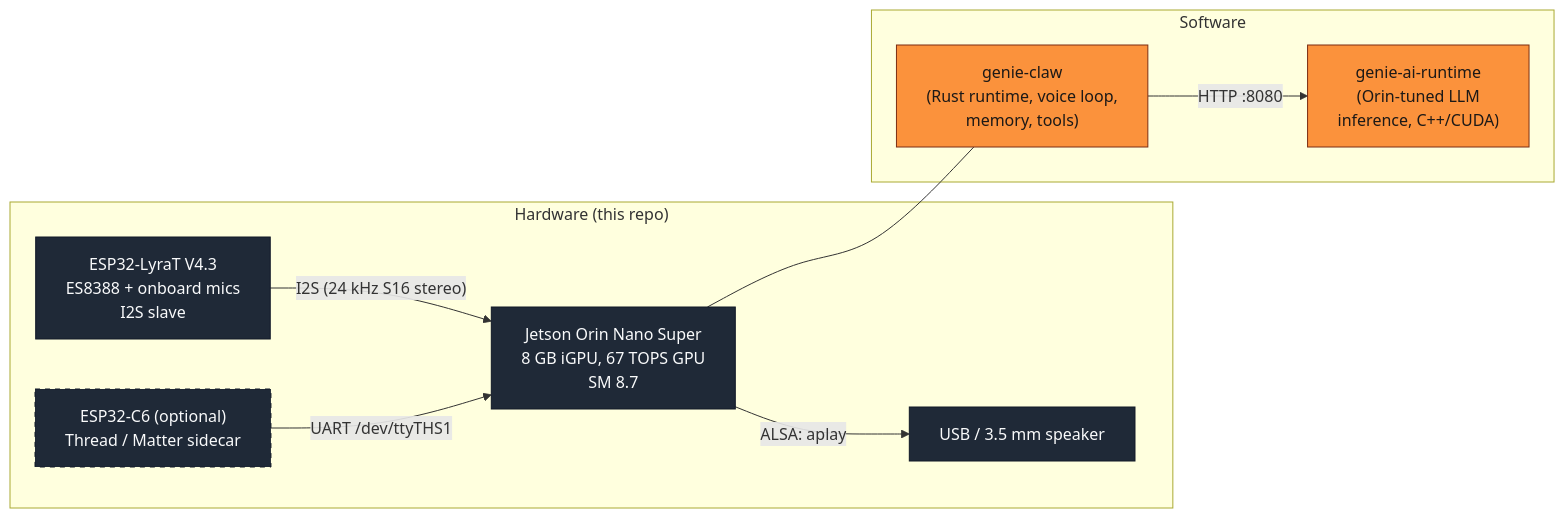
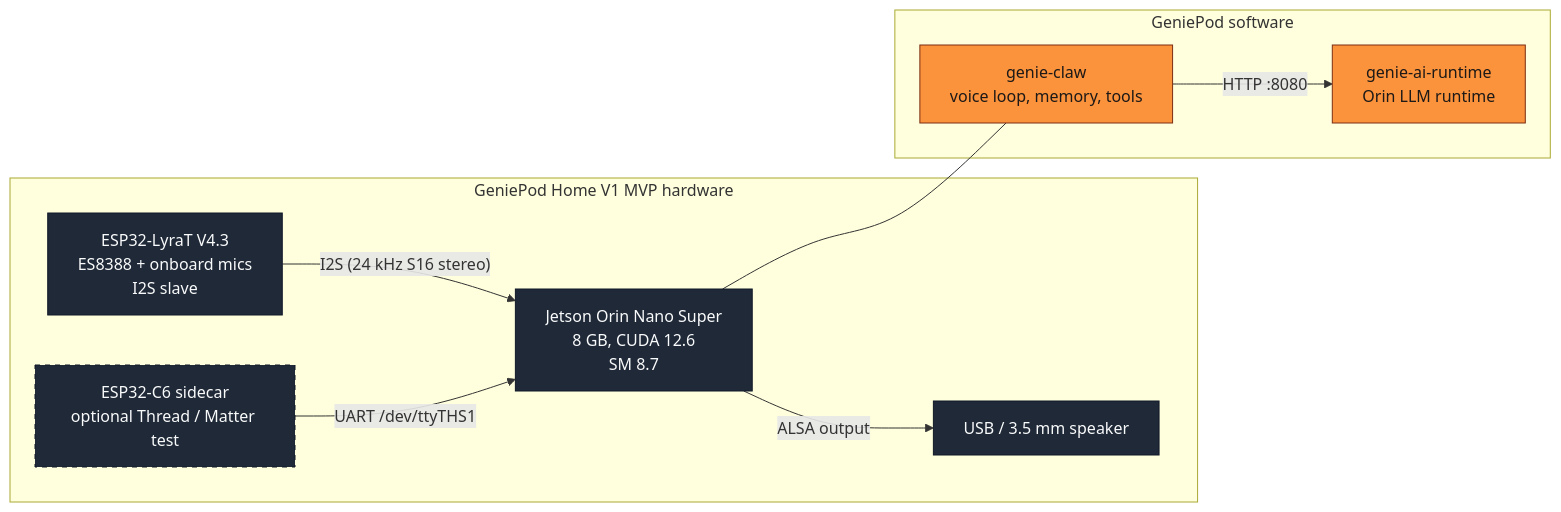
The first of 2 diagrams in README.md (GeniePod/genie-hardware), drawn with Mermaid before and after one commit. The commit also changed other lines of this file and 8 other files, not shown here.

Commit message:
Clarify Home V1 MVP hardware scope

````diff
--- a/README.md
+++ b/README.md
@@ -24,27 +32,27 @@
 ```mermaid
 flowchart LR
-    subgraph HW["Hardware (this repo)"]
+    subgraph HW["GeniePod Home V1 MVP hardware"]
         LyraT["ESP32-LyraT V4.3<br/>ES8388 + onboard mics<br/>I2S slave"]
-        ORIN["Jetson Orin Nano Super<br/>8 GB iGPU, 67 TOPS GPU<br/>SM 8.7"]
+        ORIN["Jetson Orin Nano Super<br/>8 GB, CUDA 12.6<br/>SM 8.7"]
         SPK["USB / 3.5 mm speaker"]
-        C6["ESP32-C6 (optional)<br/>Thread / Matter sidecar"]
+        C6["ESP32-C6 sidecar<br/>optional Thread / Matter test"]
     end
 
-    subgraph SW["Software"]
-        CLAW["genie-claw<br/>(Rust runtime, voice loop,<br/>memory, tools)"]
-        RUNTIME["genie-ai-runtime<br/>(Orin-tuned LLM<br/>inference, C++/CUDA)"]
+    subgraph SW["GeniePod software"]
+        CLAW["genie-claw<br/>voice loop, memory, tools"]
+        RUNTIME["genie-ai-runtime<br/>Orin LLM runtime"]
     end
 
     LyraT -- "I2S (24 kHz S16 stereo)" --> ORIN
     C6 -- "UART /dev/ttyTHS1" --> ORIN
-    ORIN -- "ALSA: aplay" --> SPK
+    ORIN -- "ALSA output" --> SPK
     ORIN --- CLAW
     CLAW -- "HTTP :8080" --> RUNTIME
 
     classDef hw fill:#1f2937,stroke:#111827,color:#f9fafb;
     classDef sw fill:#fb923c,stroke:#7c2d12,color:#1c1917;
     classDef opt stroke-dasharray: 5 5;
     class LyraT,ORIN,SPK,C6 hw;
     class CLAW,RUNTIME sw;
     class C6 opt;
 ```
````
